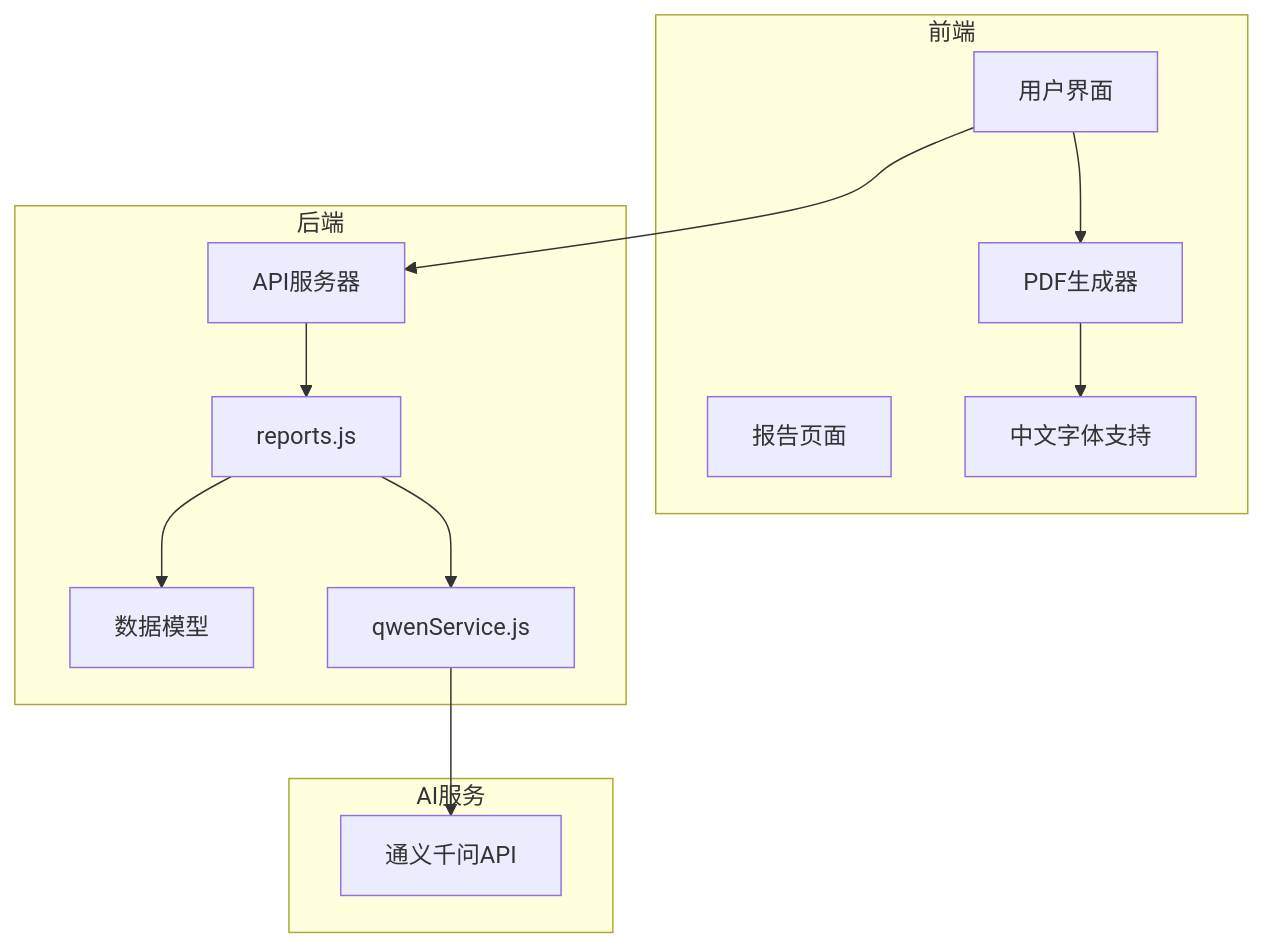
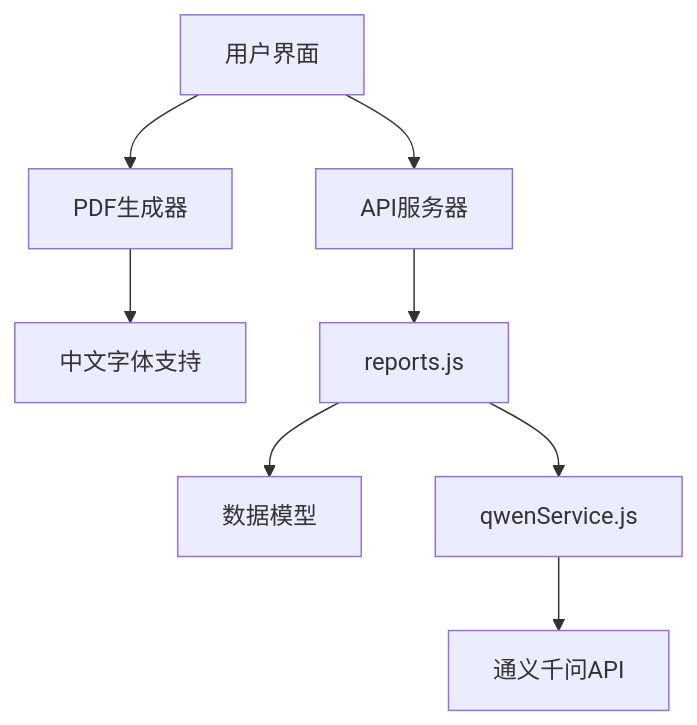
One commit to xingranya/CervixDetectAI changed the first of 7 diagrams in wiki/后端架构/业务逻辑层/报告生成服务.md. Above: the diagram before and after it, drawn with Mermaid. The commit also changed other lines of this file and 35 other files, not shown here.

First line of the commit message:
docs(readme): 优化并统一项目文档中的流程图与说明

````diff
--- a/wiki/后端架构/业务逻辑层/报告生成服务.md
+++ b/wiki/后端架构/业务逻辑层/报告生成服务.md
@@ -46,25 +46,10 @@
 ```mermaid
-graph TB
-subgraph "前端"
-UI[用户界面]
-ReportsPage[报告页面]
-PDFGen[PDF生成器]
-FontSupport[中文字体支持]
-end
-subgraph "后端"
-API[API服务器]
-ReportsRoute[reports.js]
-Models[数据模型]
-QwenService[qwenService.js]
-end
-subgraph "AI服务"
-QwenAPI[通义千问API]
-end
-UI --> PDFGen
-PDFGen --> FontSupport
-UI --> API
-API --> ReportsRoute
-ReportsRoute --> Models
-ReportsRoute --> QwenService
-QwenService --> QwenAPI
+flowchart TB
+UI[用户界面] --> PDFGen[PDF生成器]
+PDFGen --> FontSupport[中文字体支持]
+UI --> API[API服务器]
+API --> ReportsRoute[reports.js]
+ReportsRoute --> Models[数据模型]
+ReportsRoute --> QwenService[qwenService.js]
+QwenService --> QwenAPI[通义千问API]
 ```
````
